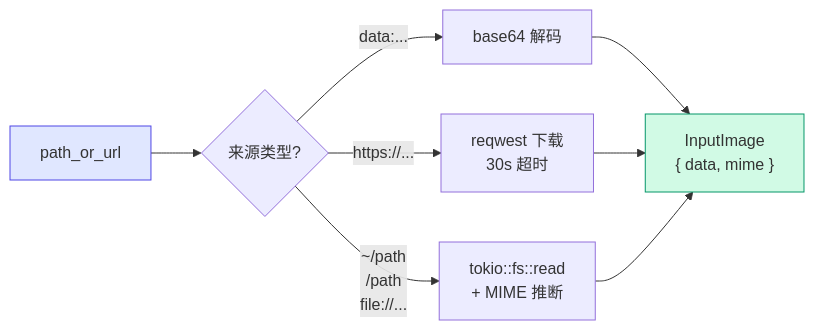
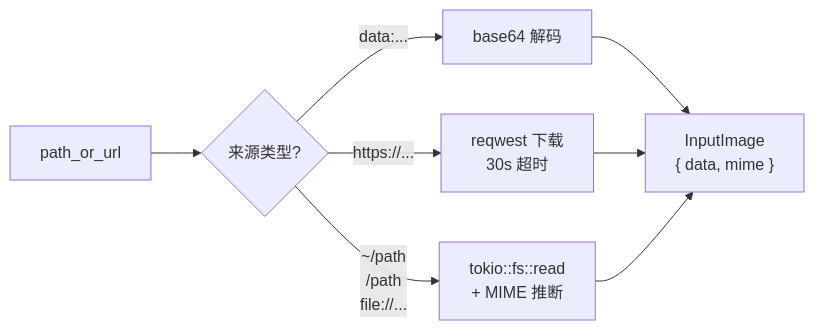
One commit to shiwenwen/hope-agent changed the third of 11 diagrams in docs/architecture/image-generation.md. Above: the diagram before and after it, drawn with Mermaid. The commit also changed other lines of this file and 13 other files, not shown here.

First line of the commit message:
docs: 移除 mermaid 图表中的自定义背景色填充

````diff
--- a/docs/architecture/image-generation.md
+++ b/docs/architecture/image-generation.md
@@ -212,14 +203,12 @@
 ```mermaid
 flowchart LR
     INPUT["path_or_url"] --> CHECK{"来源类型?"}
     CHECK -- "data:..." --> DECODE["base64 解码"]
     CHECK -- "https://..." --> DL["reqwest 下载<br/>30s 超时"]
     CHECK -- "~/path<br/>/path<br/>file://..." --> READ["tokio::fs::read<br/>+ MIME 推断"]
 
     DECODE --> IMG["InputImage<br/>{ data, mime }"]
     DL --> IMG
     READ --> IMG
 
-    style INPUT fill:#e0e7ff,stroke:#4f46e5
-    style IMG fill:#d1fae5,stroke:#059669
 ```
````
